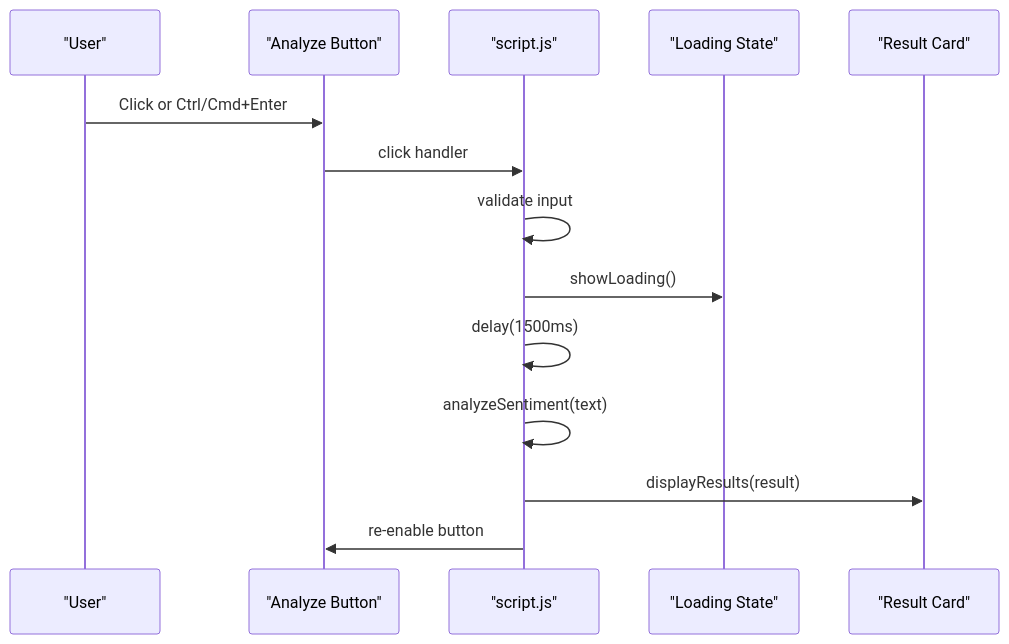
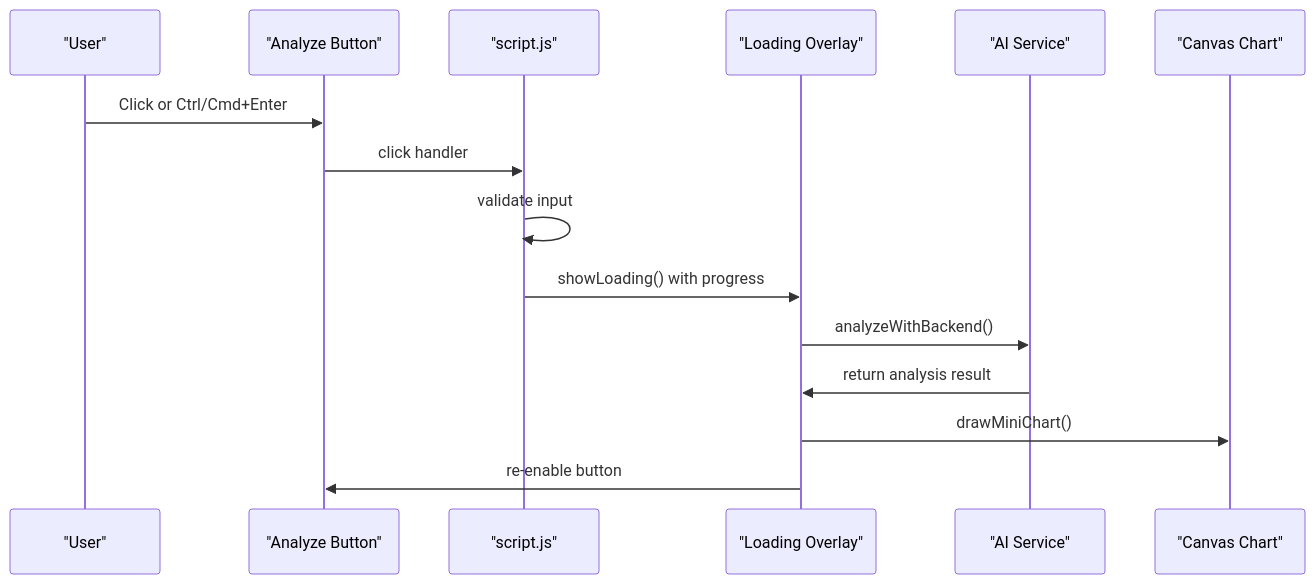
Before and after one commit to ayushtiwari1526/TheReinforcers_AyushTiwari: the fourth of 10 diagrams in .qoder/repowiki/en/content/User Interface Components.md, drawn with Mermaid. The commit also changed other lines of this file and 21 other files, not shown here.

````diff
--- a/.qoder/repowiki/en/content/User Interface Components.md
+++ b/.qoder/repowiki/en/content/User Interface Components.md
@@ -149,16 +179,17 @@
 ```mermaid
 sequenceDiagram
 participant U as "User"
 participant B as "Analyze Button"
 participant J as "script.js"
-participant L as "Loading State"
-participant R as "Result Card"
+participant L as "Loading Overlay"
+participant A as "AI Service"
+participant C as "Canvas Chart"
 U->>B : Click or Ctrl/Cmd+Enter
 B->>J : click handler
 J->>J : validate input
-J->>L : showLoading()
-J->>J : delay(1500ms)
-J->>J : analyzeSentiment(text)
-J->>R : displayResults(result)
-J->>B : re-enable button
+J->>L : showLoading() with progress
+L->>A : analyzeWithBackend()
+A->>L : return analysis result
+L->>C : drawMiniChart()
+L->>B : re-enable button
 ```
````
